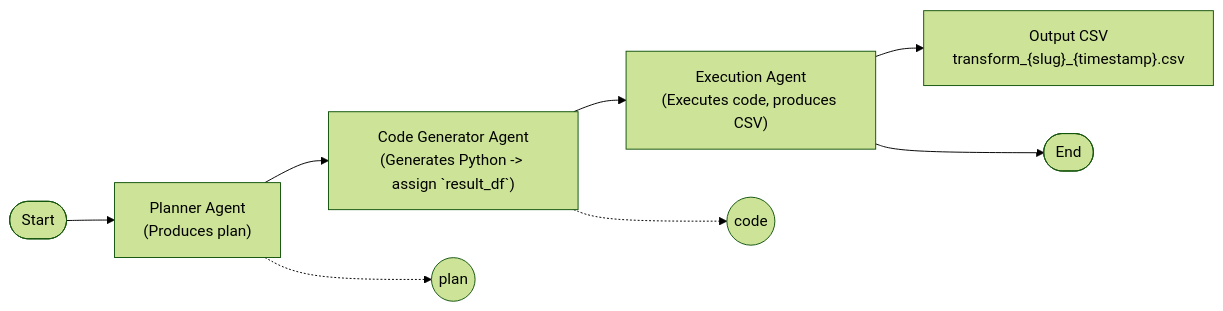
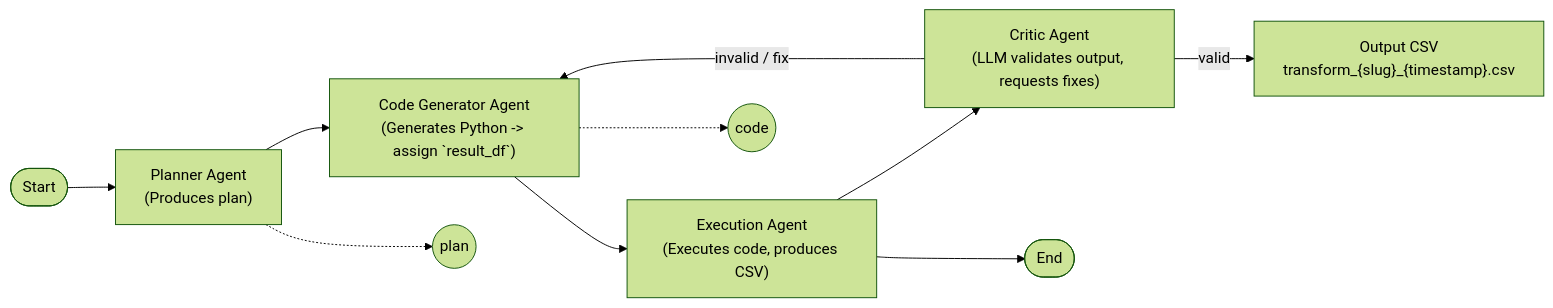
The diagram in AGENTIC_WORKFLOW.md (karthikeyan19/agentic_workflow_for_data_transformation), drawn with Mermaid (forest theme) before and after one commit. The commit also changed other lines of this file and 1 other file, not shown here.

````diff
--- a/AGENTIC_WORKFLOW.md
+++ b/AGENTIC_WORKFLOW.md
@@ -14,10 +14,12 @@
 ```mermaid
 flowchart LR
   Start([Start]) --> Planner["Planner Agent\n(Produces plan)"]
   Planner --> Codegen["Code Generator Agent\n(Generates Python -> assign `result_df`)"]
   Codegen --> Executor["Execution Agent\n(Executes code, produces CSV)"]
-  Executor --> Output["Output CSV\ntransform_{slug}_{timestamp}.csv"]
+  Executor --> Critic["Critic Agent\n(LLM validates output, requests fixes)"]
+  Critic -->|valid| Output["Output CSV\ntransform_{slug}_{timestamp}.csv"]
+  Critic -->|invalid / fix| Codegen
   Planner -.-> PlanStore((plan))
   Codegen -.-> CodeStore((code))
   Executor --> End([End])
 ```
````
